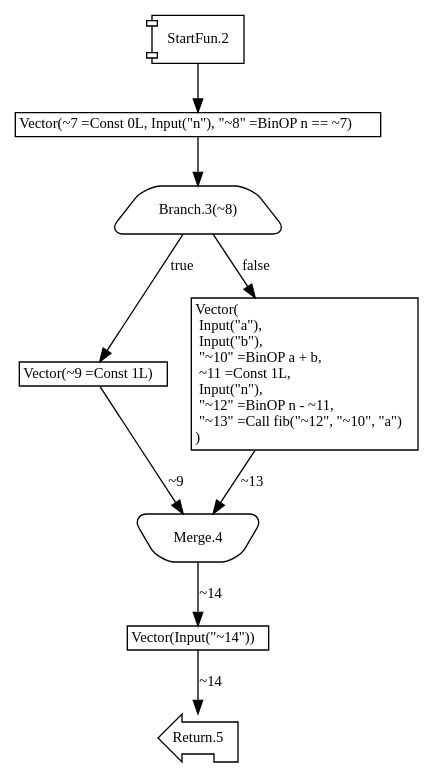
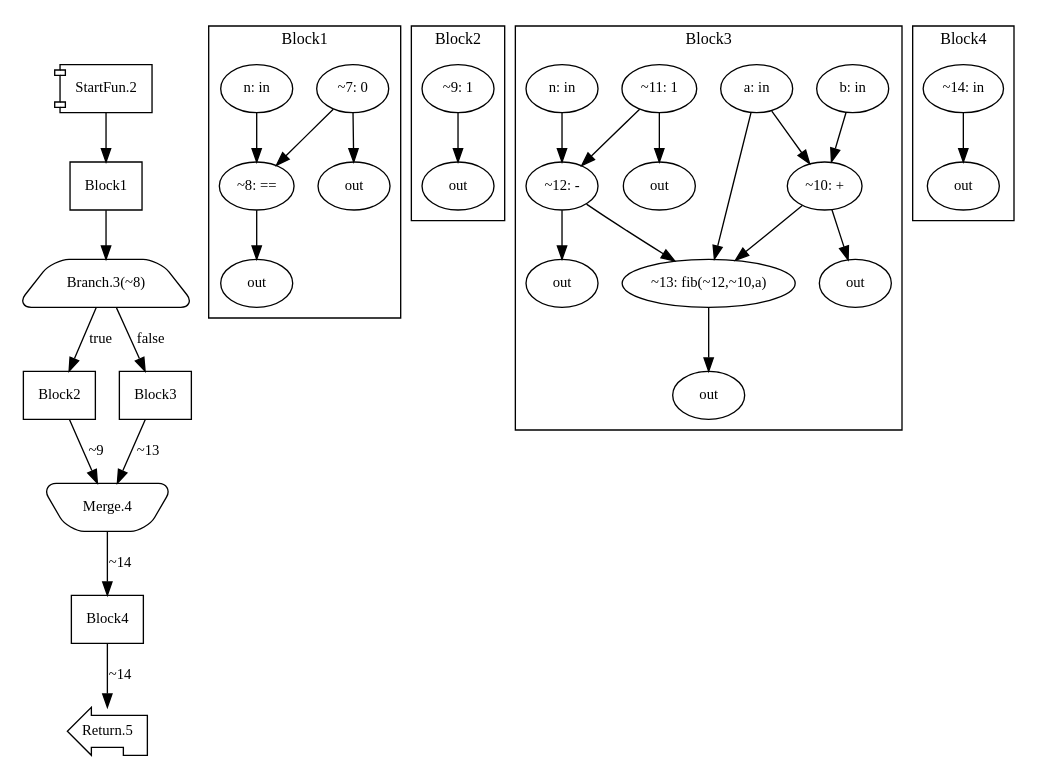
The diagram in dist/fib.dot (akouryy/SyntheScala), drawn with Graphviz before and after one commit. The commit also changed 5 other files, not shown here.

Commit message:
Fix Specializer to generate Output properly, and GraphDrawer to draw DFG

```diff
--- a/dist/fib.dot
+++ b/dist/fib.dot
@@ -1,35 +1,35 @@
 digraph Program_ {
 graph [fontname = "Monaco", fontsize = 12, ranksep = 0.5];
 node [shape = box, fontname = "Monaco", fontsize = 11; colorscheme = pastel19];
 edge [fontname = "Monaco", fontsize = 11; colorscheme = pastel19];
 Jump2[label = "StartFun.2"; shape = component];
 Jump2 -> Block1;
 Jump3[
   label = "Branch.3(~8)";
   shape = trapezium; style = rounded;
 ];
 Block1 -> Jump3;
 Jump3 -> Block2 [label=true];
 Jump3 -> Block3 [label=false];
 Jump4[label = "Merge.4"; shape = invtrapezium; style = rounded];
 Block2 -> Jump4 [label="~9"];Block3 -> Jump4 [label="~13"];
 Jump4 -> Block4 [label="~14"];
 Jump5[label = "Return.5"; shape = lpromoter];
 Block4 -> Jump5 [label="~14"];
-Block1 [shape = plain; label = <
-<table border="0" cellborder="1" cellspacing="0">
-  <tr><td align="left" balign="left" valign="top">Vector(~7 =Const 0L, Input(&quot;n&quot;), &quot;~8&quot; =BinOP n == ~7)</td></tr>
-</table>
->];Block2 [shape = plain; label = <
-<table border="0" cellborder="1" cellspacing="0">
-  <tr><td align="left" balign="left" valign="top">Vector(~9 =Const 1L)</td></tr>
-</table>
->];Block3 [shape = plain; label = <
-<table border="0" cellborder="1" cellspacing="0">
-  <tr><td align="left" balign="left" valign="top">Vector(<br />  Input(&quot;a&quot;),<br />  Input(&quot;b&quot;),<br />  &quot;~10&quot; =BinOP a + b,<br />  ~11 =Const 1L,<br />  Input(&quot;n&quot;),<br />  &quot;~12&quot; =BinOP n - ~11,<br />  &quot;~13&quot; =Call fib(&quot;~12&quot;, &quot;~10&quot;, &quot;a&quot;)<br />)</td></tr>
-</table>
->];Block4 [shape = plain; label = <
-<table border="0" cellborder="1" cellspacing="0">
-  <tr><td align="left" balign="left" valign="top">Vector(Input(&quot;~14&quot;))</td></tr>
-</table>
->];}
+Block1 [label = "Block1"];
+Block2 [label = "Block2"];
+Block3 [label = "Block3"];
+Block4 [label = "Block4"];
+subgraph cluster_dfg_Block1{
+node [shape = oval];
+label = "Block1";
+ndBlock1_0 [label="~7: 0"];ndBlock1_1 [label="out"];ndBlock1_2 [label="n: in"];ndBlock1_3 [label="~8: =="];ndBlock1_4 [label="out"];ndBlock1_0 -> ndBlock1_1; ndBlock1_0 -> ndBlock1_3; ndBlock1_2 -> ndBlock1_3; ndBlock1_3 -> ndBlock1_4; }subgraph cluster_dfg_Block2{
+node [shape = oval];
+label = "Block2";
+ndBlock2_0 [label="~9: 1"];ndBlock2_1 [label="out"];ndBlock2_0 -> ndBlock2_1; }subgraph cluster_dfg_Block3{
+node [shape = oval];
+label = "Block3";
+ndBlock3_0 [label="a: in"];ndBlock3_1 [label="b: in"];ndBlock3_2 [label="~10: +"];ndBlock3_3 [label="out"];ndBlock3_4 [label="~11: 1"];ndBlock3_5 [label="out"];ndBlock3_6 [label="n: in"];ndBlock3_7 [label="~12: -"];ndBlock3_8 [label="out"];ndBlock3_9 [label="~13: fib(~12,~10,a)"];ndBlock3_10 [label="out"];ndBlock3_0 -> ndBlock3_2; ndBlock3_0 -> ndBlock3_9; ndBlock3_1 -> ndBlock3_2; ndBlock3_2 -> ndBlock3_3; ndBlock3_2 -> ndBlock3_9; ndBlock3_4 -> ndBlock3_5; ndBlock3_4 -> ndBlock3_7; ndBlock3_6 -> ndBlock3_7; ndBlock3_7 -> ndBlock3_8; ndBlock3_7 -> ndBlock3_9; ndBlock3_9 -> ndBlock3_10; }subgraph cluster_dfg_Block4{
+node [shape = oval];
+label = "Block4";
+ndBlock4_0 [label="~14: in"];ndBlock4_1 [label="out"];ndBlock4_0 -> ndBlock4_1; }}
```
